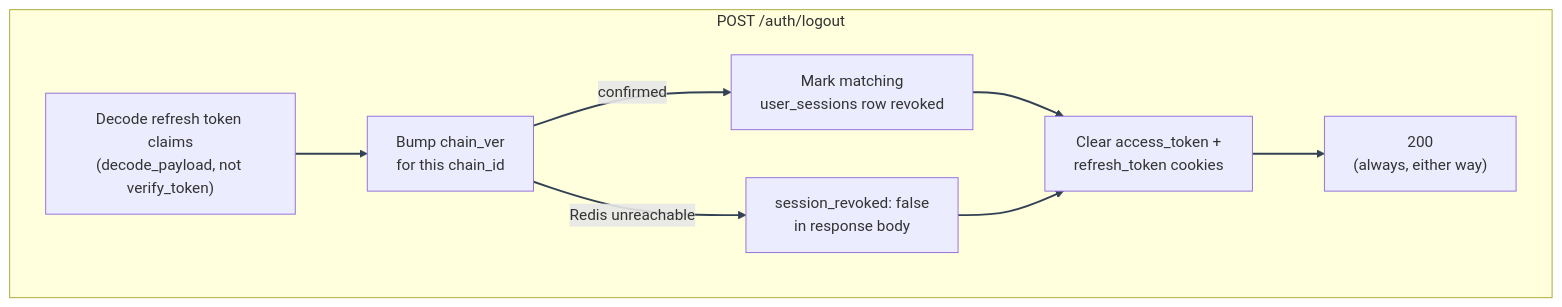
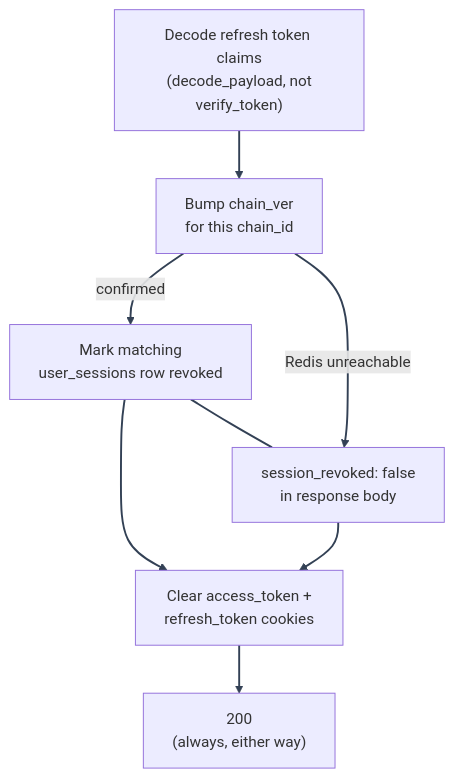
One commit to Nachiket-2024/mystic-auth changed the first of 2 diagrams in docs/mystic_auth/authentication/logout.md. Above: the diagram before and after it, drawn with Mermaid. The commit also changed other lines of this file and 708 other files, not shown here.

````diff
--- a/docs/mystic_auth/authentication/logout.md
+++ b/docs/mystic_auth/authentication/logout.md
@@ -25,13 +25,12 @@
 ```mermaid
 %%{init: {"themeVariables": {"lineColor": "#334155"}} }%%
 flowchart TD
-    subgraph Logout["POST /auth/logout"]
-        L1["Decode refresh token claims\n(decode_payload, not verify_token)"] --> L2["Bump chain_ver\nfor this chain_id"]
-        L2 -->|confirmed| L3["Mark matching\nuser_sessions row revoked"]
-        L2 -->|Redis unreachable| L3b["session_revoked: false\nin response body"]
-        L3 --> L4["Clear access_token +\nrefresh_token cookies"]
-        L3b --> L4
-        L4 --> L5["200\n(always, either way)"]
-    end
+    L1["Decode refresh token claims\n (decode_payload, not verify_token)"] --> L2["Bump chain_ver\n for this chain_id"]
+    L2 -->|confirmed| L3["Mark matching\n user_sessions row revoked"]
+    L3 ~~~ L3b
+    L2 -->|Redis unreachable| L3b["session_revoked: false\n in response body"]
+    L3 --> L4["Clear access_token +\n refresh_token cookies"]
+    L3b --> L4
+    L4 --> L5["200\n (always, either way)"]
     linkStyle default stroke:#334155,stroke-width:2px
 ```
````
